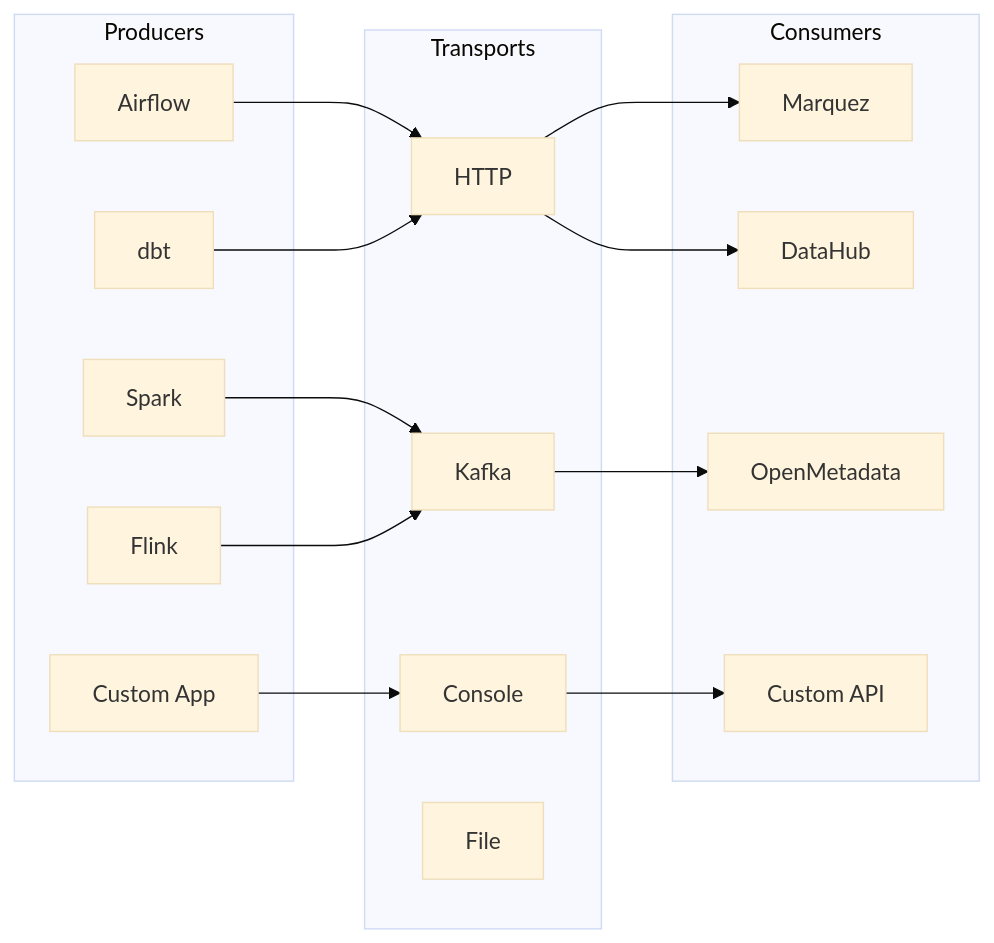
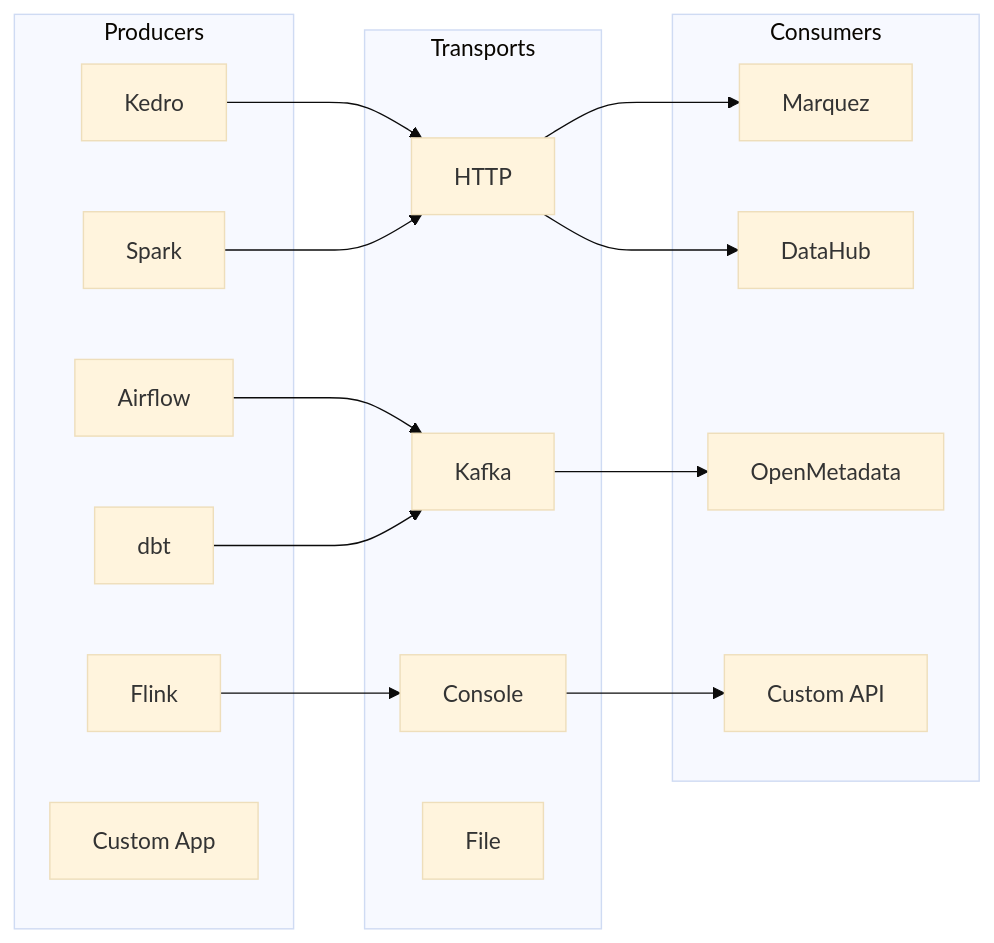
One commit to millsks/data-lineage-book changed the third of 12 diagrams in chapters/05-openlineage-standard.md. Above: the diagram before and after it, drawn with Mermaid (base theme). The commit also changed other lines of this file and 4 other files, not shown here.

Commit message:
fix: update references from Airflow to Kedro in multiple chapters for consistency

````diff
--- a/chapters/05-openlineage-standard.md
+++ b/chapters/05-openlineage-standard.md
@@ -65,35 +67,36 @@
 ```mermaid
 graph LR
     subgraph "Producers"
-        P1["Airflow"]
-        P2["Spark"]
-        P3["dbt"]
-        P4["Flink"]
-        P5["Custom App"]
+        P1["Kedro"]
+        P2["Airflow"]
+        P3["Spark"]
+        P4["dbt"]
+        P5["Flink"]
+        P6["Custom App"]
     end
 
     subgraph "Transports"
         T1["HTTP"]
         T2["Kafka"]
         T3["Console"]
         T4["File"]
     end
 
     subgraph "Consumers"
         C1["Marquez"]
         C2["DataHub"]
         C3["OpenMetadata"]
         C4["Custom API"]
     end
 
     P1 --> T1
     P2 --> T2
     P3 --> T1
     P4 --> T2
     P5 --> T3
 
     T1 --> C1
     T1 --> C2
     T2 --> C3
     T3 --> C4
 ```
````
